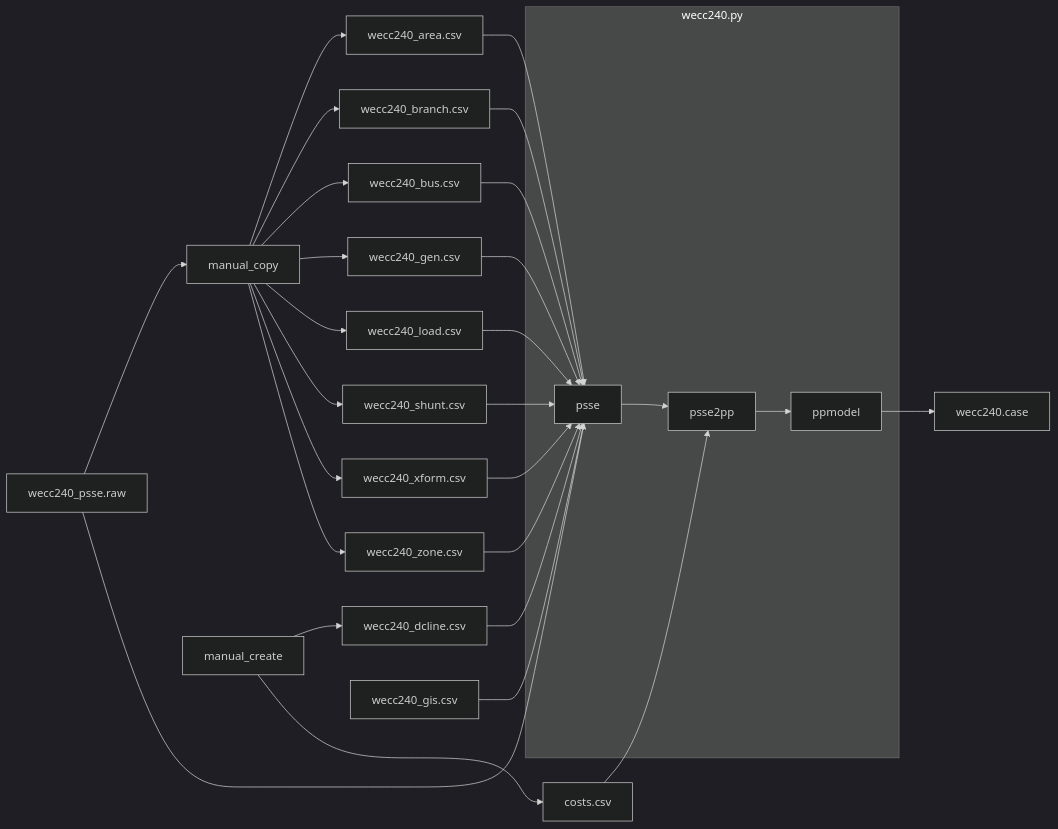
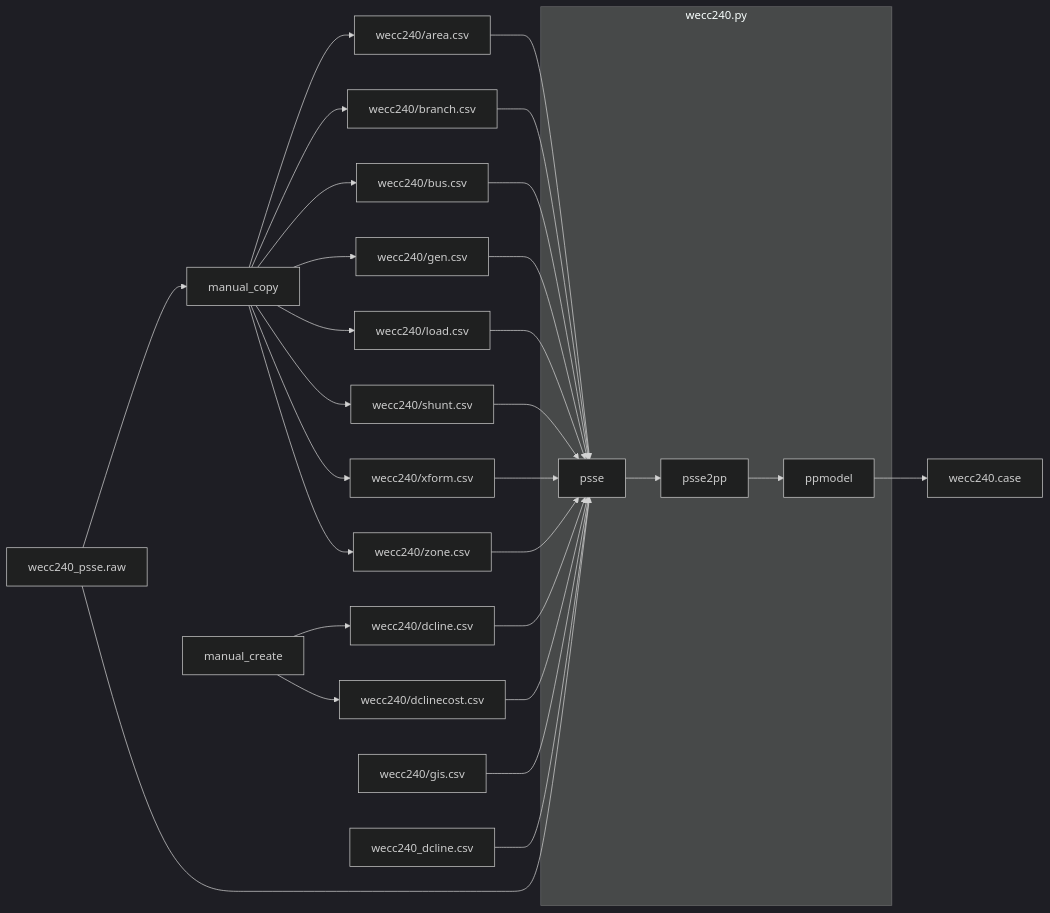
Before and after one commit to slacgismo/regrow: the second of 5 diagrams in pypower/README.md, drawn with Mermaid (dark theme). The commit also changed other lines of this file, not shown here.

````diff
--- a/pypower/README.md
+++ b/pypower/README.md
@@ -73,36 +74,37 @@
 ```mermaid
 flowchart LR
     wecc240_psse.raw --> manual_copy
     wecc240_psse.raw --> psse
     
-    manual_copy --> wecc240_area.csv
-    manual_copy --> wecc240_branch.csv
-    manual_copy --> wecc240_bus.csv
-    manual_copy --> wecc240_gen.csv
-    manual_copy --> wecc240_load.csv
-    manual_copy --> wecc240_shunt.csv
-    manual_copy --> wecc240_xform.csv
-    manual_copy --> wecc240_zone.csv
+    manual_copy --> wecc240/area.csv
+    manual_copy --> wecc240/branch.csv
+    manual_copy --> wecc240/bus.csv
+    manual_copy --> wecc240/gen.csv
+    manual_copy --> wecc240/load.csv
+    manual_copy --> wecc240/shunt.csv
+    manual_copy --> wecc240/xform.csv
+    manual_copy --> wecc240/zone.csv
 
-    manual_create --> wecc240_dcline.csv
-    manual_create --> costs.csv
-
-    wecc240_area.csv --> psse
-    wecc240_branch.csv --> psse
-    wecc240_bus.csv --> psse
-    wecc240_gen.csv --> psse
-    wecc240_gis.csv --> psse
-    wecc240_load.csv --> psse
-    wecc240_shunt.csv --> psse
-    wecc240_xform.csv --> psse
-    wecc240_zone.csv --> psse
-    costs.csv --> psse2pp
-
+    manual_create --> wecc240/dcline.csv
+    manual_create --> wecc240/dclinecost.csv
+    
+    wecc240/area.csv --> psse
+    wecc240/branch.csv --> psse
+    wecc240/bus.csv --> psse
+    wecc240/dcline.csv --> psse
+    wecc240/dclinecost.csv --> psse
+    wecc240/gen.csv --> psse
+    wecc240/gis.csv --> psse
+    wecc240/load.csv --> psse
+    wecc240/shunt.csv --> psse
+    wecc240/xform.csv --> psse
+    wecc240/zone.csv --> psse
+    
     wecc240_dcline.csv --> psse
     subgraph wecc240.py
         psse --> psse2pp
         psse2pp --> ppmodel
     end
 
     ppmodel --> wecc240.case
 ```
````
